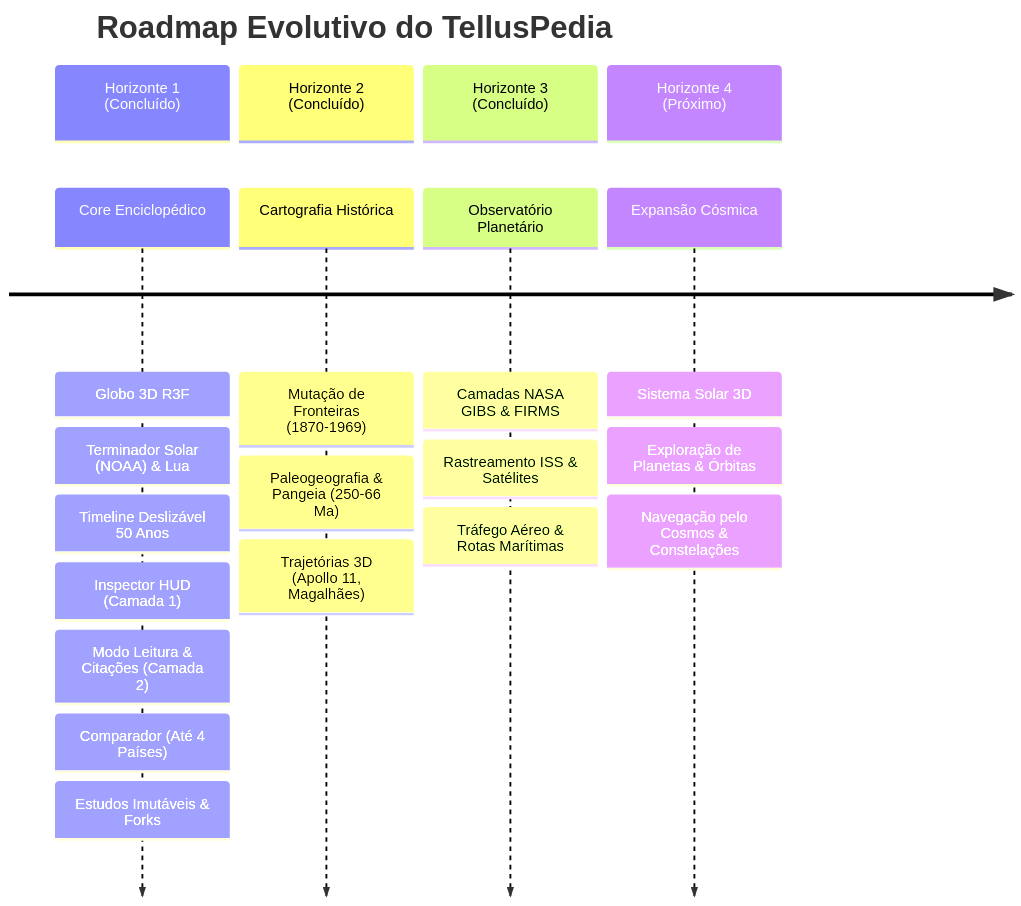
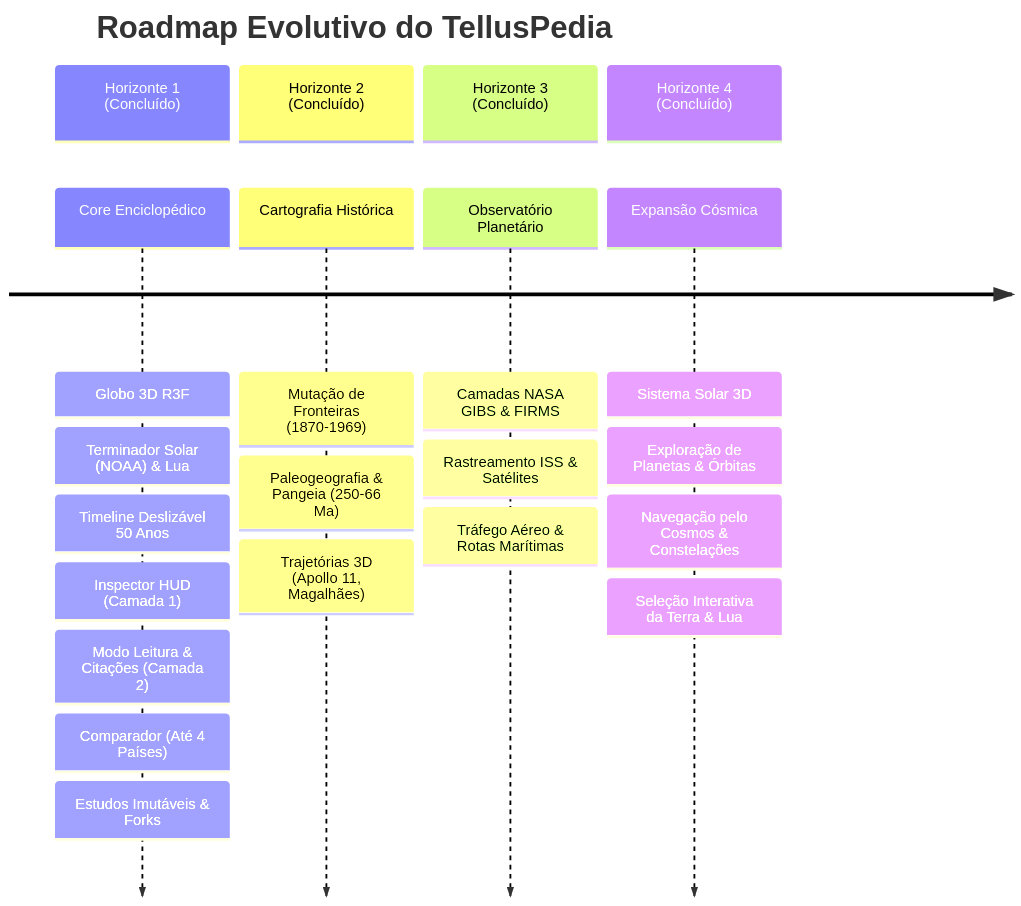
One commit to AyrtonLoks/telluspedia changed the diagram in docs/ROADMAP.md. Above: the diagram before and after it, drawn with Mermaid. The commit also changed other lines of this file and 5 other files, not shown here.

Commit message:
docs: update roadmap, architecture, data sources, readme and agent memory for Horizonte 4 completion

````diff
--- a/docs/ROADMAP.md
+++ b/docs/ROADMAP.md
@@ -5,24 +5,25 @@
 ```mermaid
 timeline
     title Roadmap Evolutivo do TellusPedia
     section Horizonte 1 (Concluído)
         Core Enciclopédico : Globo 3D R3F
                            : Terminador Solar (NOAA) & Lua
                            : Timeline Deslizável 50 Anos
                            : Inspector HUD (Camada 1)
                            : Modo Leitura & Citações (Camada 2)
                            : Comparador (Até 4 Países)
                            : Estudos Imutáveis & Forks
     section Horizonte 2 (Concluído)
         Cartografia Histórica : Mutação de Fronteiras (1870-1969)
                               : Paleogeografia & Pangeia (250-66 Ma)
                               : Trajetórias 3D (Apollo 11, Magalhães)
     section Horizonte 3 (Concluído)
         Observatório Planetário : Camadas NASA GIBS & FIRMS
                                : Rastreamento ISS & Satélites
                                : Tráfego Aéreo & Rotas Marítimas
-    section Horizonte 4 (Próximo)
+    section Horizonte 4 (Concluído)
         Expansão Cósmica : Sistema Solar 3D
                         : Exploração de Planetas & Órbitas
                         : Navegação pelo Cosmos & Constelações
+                        : Seleção Interativa da Terra & Lua
 ```
````
